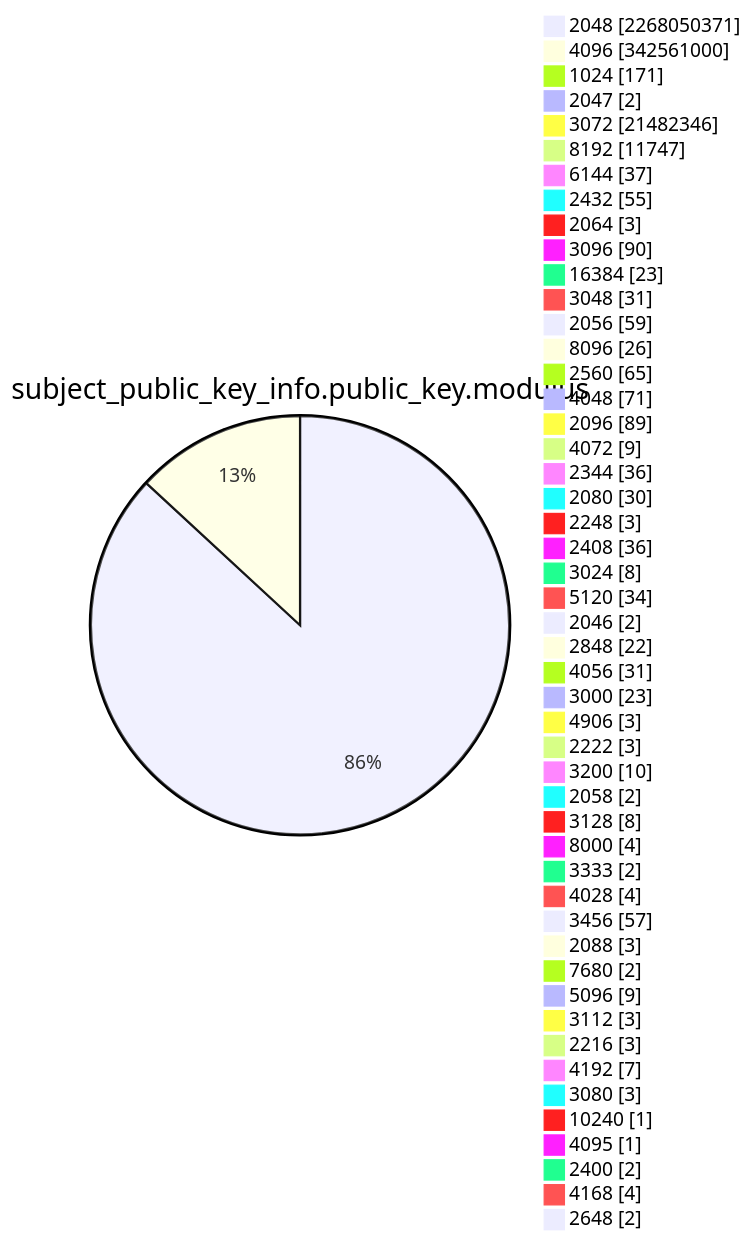
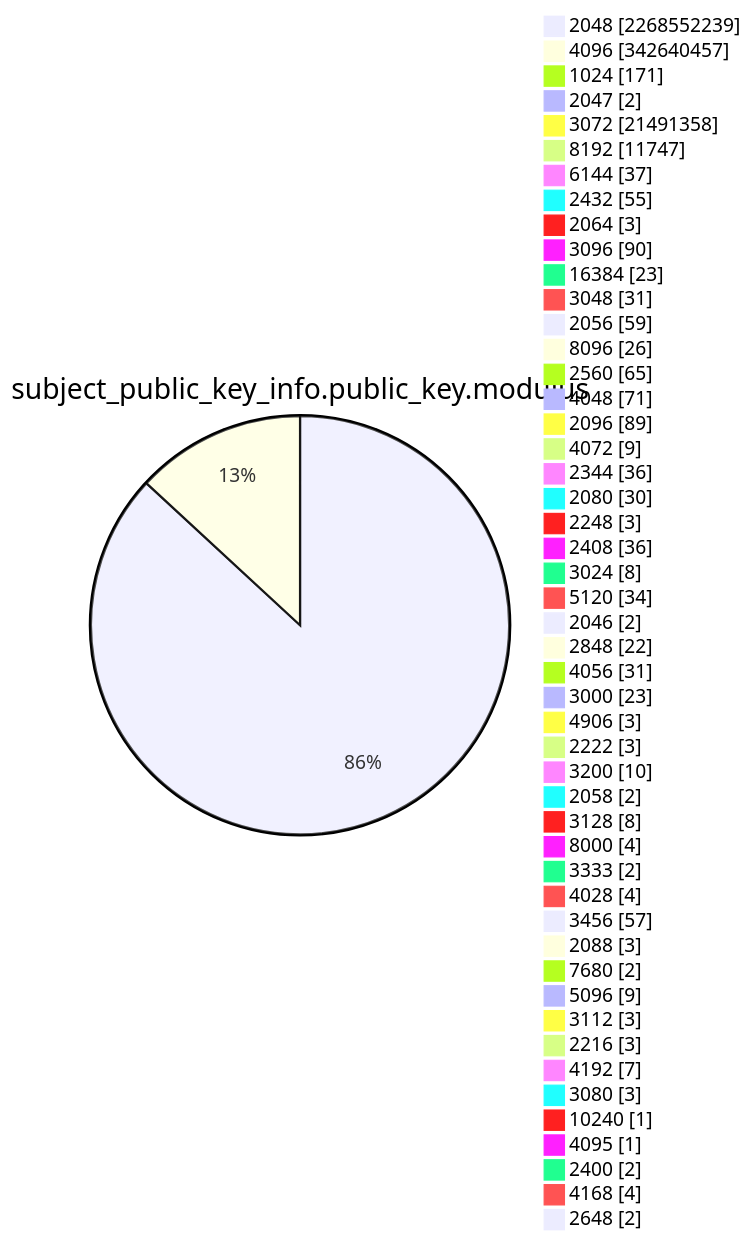
Diagram 13 of 15 in TOTAL/README.md (christiankrug/ctmonitor_visualization), drawn with Mermaid before and after one commit. The commit also changed other lines of this file, not shown here.

````diff
--- a/TOTAL/README.md
+++ b/TOTAL/README.md
@@ -4165,53 +4165,53 @@
 ```mermaid
 pie showData
 title subject_public_key_info.public_key.modulus
-"2048" :2268050371
-"4096" :342561000
+"2048" :2268552239
+"4096" :342640457
 "1024" :171
 "2047" :2
-"3072" :21482346
+"3072" :21491358
 "8192" :11747
 "6144" :37
 "2432" :55
 "2064" :3
 "3096" :90
 "16384" :23
 "3048" :31
 "2056" :59
 "8096" :26
 "2560" :65
 "4048" :71
 "2096" :89
 "4072" :9
 "2344" :36
 "2080" :30
 "2248" :3
 "2408" :36
 "3024" :8
 "5120" :34
 "2046" :2
 "2848" :22
 "4056" :31
 "3000" :23
 "4906" :3
 "2222" :3
 "3200" :10
 "2058" :2
 "3128" :8
 "8000" :4
 "3333" :2
 "4028" :4
 "3456" :57
 "2088" :3
 "7680" :2
 "5096" :9
 "3112" :3
 "2216" :3
 "4192" :7
 "3080" :3
 "10240" :1
 "4095" :1
 "2400" :2
 "4168" :4
 "2648" :2
 ```
````
